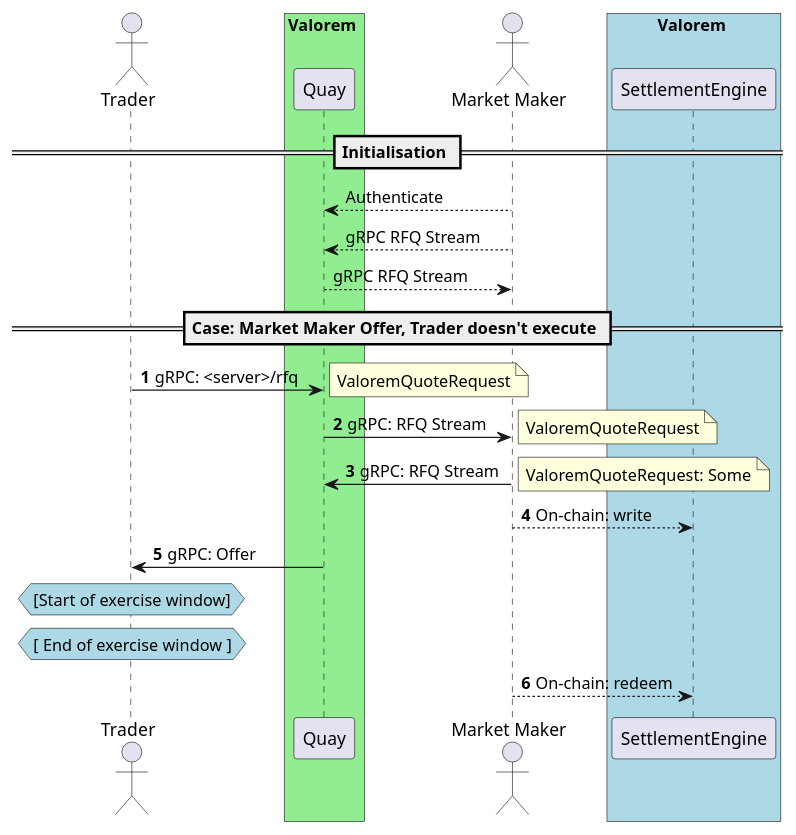
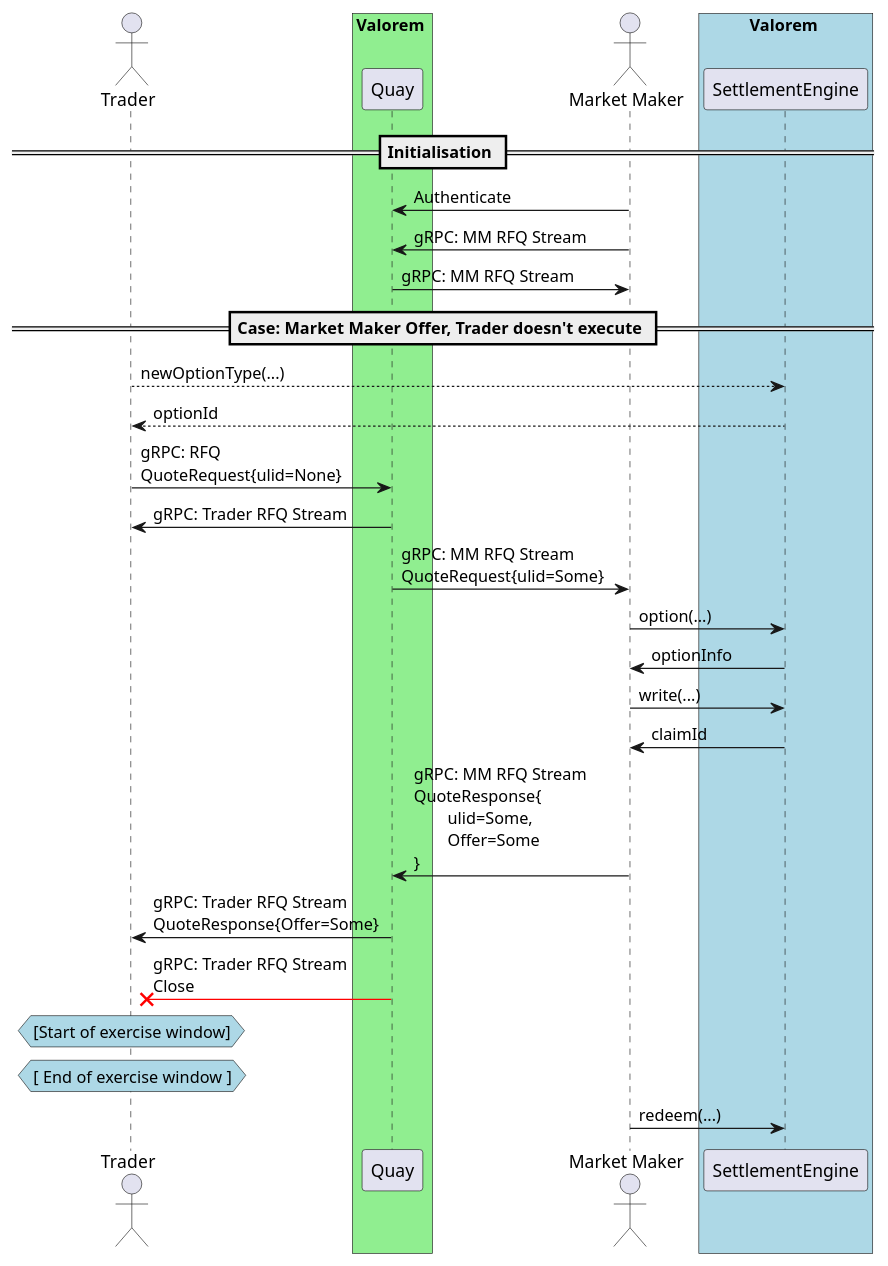
Before and after one commit to valorem-labs-inc/quay: the diagram in docs/diagrams/mm_offer_trader_doesnt_execute.pu, drawn with PlantUML. The commit also changed 10 other files, not shown here.

Commit message:
Trader will always create the option. Updated the sequences to reflect this, removing the sequences which no longer make sense. Updated terms from Trader to Taker. Added on-chain calls

```diff
--- a/docs/diagrams/mm_offer_trader_doesnt_execute.pu
+++ b/docs/diagrams/mm_offer_trader_doesnt_execute.pu
@@ -1,40 +1,37 @@
 @startuml
 
 actor Trader
 box Valorem #LightGreen
 participant Quay
 end box
 actor "Market Maker" as MM
 box Valorem #LightBlue
 participant SettlementEngine as SE
 end box
 
 == Initialisation ==
-MM --> Quay: Authenticate
-MM --> Quay: gRPC RFQ Stream
-Quay --> MM: gRPC RFQ Stream
+MM -> Quay: Authenticate
+MM -> Quay: gRPC: MM RFQ Stream
+Quay -> MM: gRPC: MM RFQ Stream
 
 == Case: Market Maker Offer, Trader doesn't execute ==
-autonumber
-Trader -> Quay: gRPC: <server>/rfq
-note right
-ValoremQuoteRequest
-end note
-Quay -> MM: gRPC: RFQ Stream
-note right
-ValoremQuoteRequest
-end note
-MM -> Quay: gRPC: RFQ Stream
-note right
-ValoremQuoteRequest: Some
-end note
-MM --> SE: On-chain: write
-Quay -> Trader: gRPC: Offer
+Trader --> SE: newOptionType(...)
+SE --> Trader: optionId
+Trader -> Quay: gRPC: RFQ\nQuoteRequest{ulid=None}
+Quay -> Trader: gRPC: Trader RFQ Stream
+Quay -> MM: gRPC: MM RFQ Stream\nQuoteRequest{ulid=Some}
+MM -> SE: option(...)
+SE -> MM: optionInfo
+MM -> SE: write(...)
+SE -> MM: claimId
+MM -> Quay: gRPC: MM RFQ Stream\nQuoteResponse{\n\tulid=Some,\n\tOffer=Some\n}
+Quay -> Trader: gRPC: Trader RFQ Stream\nQuoteResponse{Offer=Some}
+Quay -[#red]X Trader: gRPC: Trader RFQ Stream\nClose
 hnote over Trader #lightBlue
 [Start of exercise window]
 end hnote
 hnote over Trader #lightBlue
 [ End of exercise window ]
 end hnote
-MM --> SE: On-chain: redeem
+MM -> SE: redeem(...)
 @enduml
```
